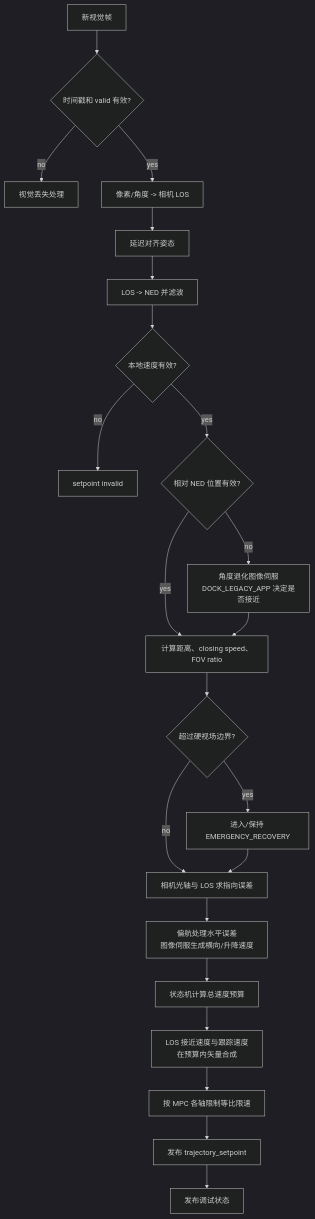
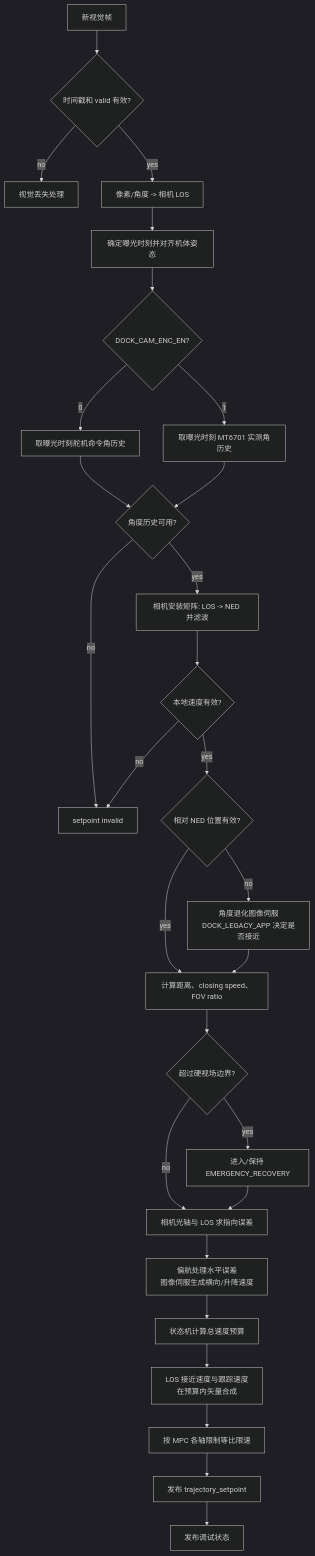
Before and after one commit to qikai820/px4-autopilot: the second of 5 diagrams in docs/DockGuidance_代码逻辑流程图.md, drawn with Mermaid (dark theme). The commit also changed other lines of this file and 6 other files, not shown here.

````diff
--- a/docs/DockGuidance_代码逻辑流程图.md
+++ b/docs/DockGuidance_代码逻辑流程图.md
@@ -25,24 +30,30 @@
 ```mermaid
 flowchart TD
     A[新视觉帧] --> B{时间戳和 valid 有效?}
     B -->|no| LOSS[视觉丢失处理]
     B -->|yes| C[像素/角度 -> 相机 LOS]
-    C --> D[延迟对齐姿态]
-    D --> E[LOS -> NED 并滤波]
+    C --> D[确定曝光时刻并对齐机体姿态]
+    D --> P{DOCK_CAM_ENC_EN?}
+    P -->|0| CMD[取曝光时刻舵机命令角历史]
+    P -->|1| ENC[取曝光时刻 MT6701 实测角历史]
+    CMD --> CAM_HIST{角度历史可用?}
+    ENC --> CAM_HIST
+    CAM_HIST -->|yes| E[相机安装矩阵: LOS -> NED 并滤波]
+    CAM_HIST -->|no| INV[setpoint invalid]
     E --> F{本地速度有效?}
     F -->|no| INV[setpoint invalid]
     F -->|yes| R{相对 NED 位置有效?}
     R -->|no| AONLY[角度退化图像伺服\nDOCK_LEGACY_APP 决定是否接近]
     R -->|yes| G[计算距离、closing speed、FOV ratio]
     AONLY --> G
     G --> H{超过硬视场边界?}
     H -->|yes| ER[进入/保持 EMERGENCY_RECOVERY]
     H -->|no| I[相机光轴与 LOS 求指向误差]
     ER --> I
     I --> I1[偏航处理水平误差\n图像伺服生成横向/升降速度]
     I1 --> J[状态机计算总速度预算]
     J --> J1[LOS 接近速度与跟踪速度\n在预算内矢量合成]
     J1 --> K[按 MPC 各轴限制等比限速]
     K --> L[发布 trajectory_setpoint]
     L --> M[发布调试状态]
 ```
````
